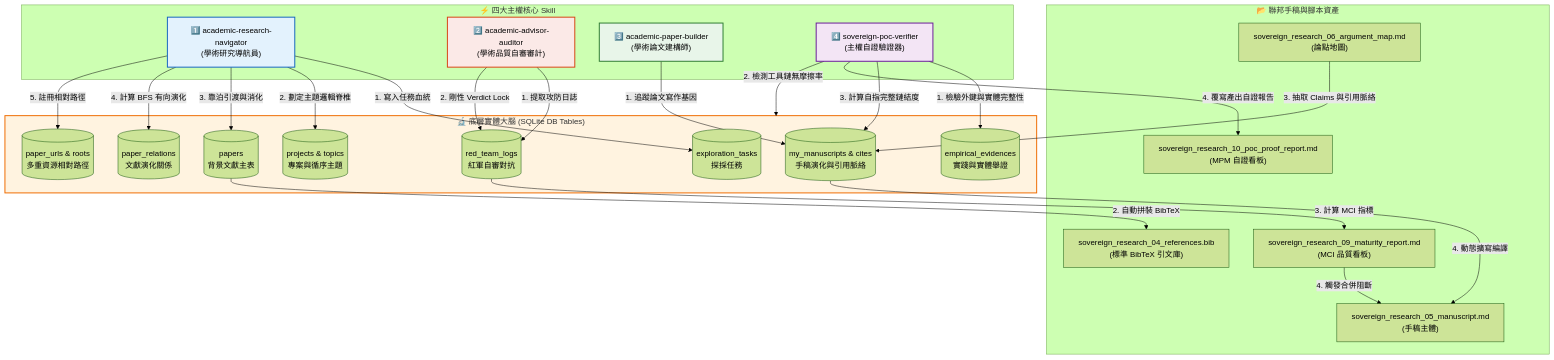
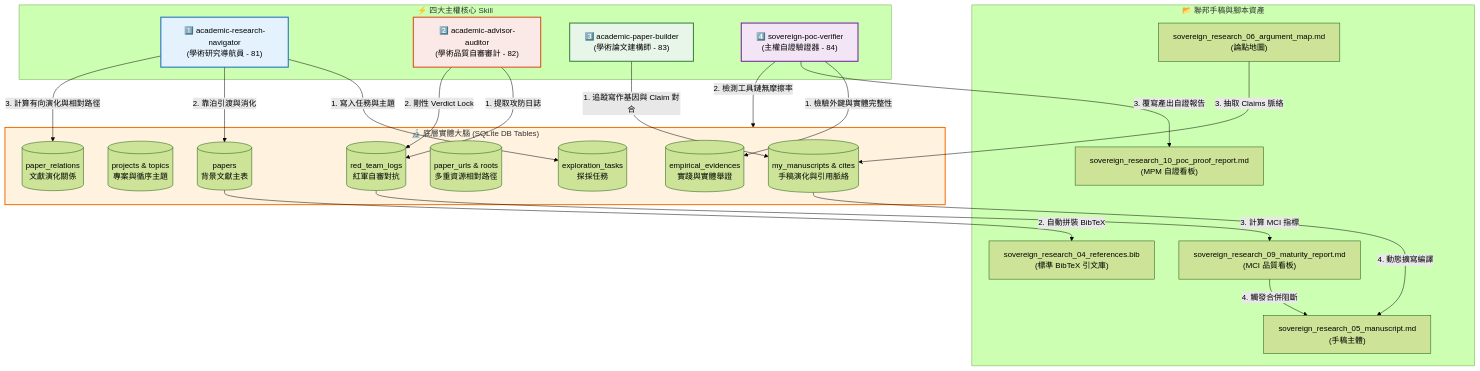
Before and after one commit to wuulong/sovereign-research-methodology: the diagram in methodology/methodology_02_system_architecture_navigator.md, drawn with Mermaid (forest theme). The commit also changed other lines of this file and 23 other files, not shown here.

````diff
--- a/methodology/methodology_02_system_architecture_navigator.md
+++ b/methodology/methodology_02_system_architecture_navigator.md
@@ -16,63 +11,60 @@
 ```mermaid
 flowchart TD
     %% 定義 Skill 節點
     subgraph Skills["⚡ 四大主權核心 Skill"]
-        NAV["1️⃣ academic-research-navigator<br>(學術研究導航員)"]
-        AUD["2️⃣ academic-advisor-auditor<br>(學術品質自審審計)"]
-        BLD["3️⃣ academic-paper-builder<br>(學術論文建構師)"]
-        VRF["4️⃣ sovereign-poc-verifier<br>(主權自證驗證器)"]
+        NAV["1️⃣ academic-research-navigator<br>(學術研究導航員 - 81)"]
+        AUD["2️⃣ academic-advisor-auditor<br>(學術品質自審審計 - 82)"]
+        BLD["3️⃣ academic-paper-builder<br>(學術論文建構師 - 83)"]
+        VRF["4️⃣ sovereign-poc-verifier<br>(主權自證驗證器 - 84)"]
     end
 
     %% 定義 SQLite 資料表節點
     subgraph DB["🔬 底層實體大腦 (SQLite DB Tables)"]
         T_Task[(exploration_tasks<br>探採任務)]
         T_Proj[(projects & topics<br>專案與循序主題)]
         T_Paper[(papers<br>背景文獻主表)]
         T_Rel[(paper_relations<br>文獻演化關係)]
         T_Url[(paper_urls & roots<br>多重資源相對路徑)]
         T_Evid[(empirical_evidences<br>實踐與實體舉證)]
         T_Red[(red_team_logs<br>紅軍自審對抗)]
         T_MS[(my_manuscripts & cites<br>手稿演化與引用脈絡)]
     end
 
     %% 定義 聯邦檔案與腳本
     subgraph Artifacts["📂 聯邦手稿與腳本資產"]
         MS_Doc["sovereign_research_05_manuscript.md<br>(手稿主體)"]
         APM_Doc["sovereign_research_06_argument_map.md<br>(論點地圖)"]
         MCI_Doc["sovereign_research_09_maturity_report.md<br>(MCI 品質看板)"]
         MPM_Doc["sovereign_research_10_poc_proof_report.md<br>(MPM 自證看板)"]
         BIB_File["sovereign_research_04_references.bib<br>(標準 BibTeX 引文庫)"]
     end
 
     %% 關聯線：Navigator
-    NAV -->|1. 寫入任務血統| T_Task
-    NAV -->|2. 劃定主題邏輯脊椎| T_Proj
-    NAV -->|3. 靠泊引渡與消化| T_Paper
-    NAV -->|4. 計算 BFS 有向演化| T_Rel
-    NAV -->|5. 註冊相對路徑| T_Url
+    NAV -->|1. 寫入任務與主題| T_Task
+    NAV -->|2. 靠泊引渡與消化| T_Paper
+    NAV -->|3. 計算有向演化與相對路徑| T_Rel
 
     %% 關聯線：Advisor-Auditor
     AUD -->|1. 提取攻防日誌| T_Red
     AUD -->|2. 剛性 Verdict Lock| T_Red
     T_Red -->|3. 計算 MCI 指標| MCI_Doc
     MCI_Doc -->|4. 觸發合併阻斷| MS_Doc
 
     %% 關聯線：Paper-Builder
-    BLD -->|1. 追蹤論文寫作基因| T_MS
+    BLD -->|1. 追蹤寫作基因與 Claim 對合| T_MS
     T_Paper -->|2. 自動拼裝 BibTeX| BIB_File
-    APM_Doc -->|3. 抽取 Claims 與引用脈絡| T_MS
+    APM_Doc -->|3. 抽取 Claims 脈絡| T_MS
     T_MS -->|4. 動態擴寫編譯| MS_Doc
 
     %% 關聯線：PoC-Verifier
     VRF -->|1. 檢驗外鍵與實體完整性| T_Evid
     VRF -->|2. 檢測工具鏈無摩擦率| DB
-    VRF -->|3. 計算自指完整鏈結度| T_MS
-    VRF -->|4. 覆寫產出自證報告| MPM_Doc
+    VRF -->|3. 覆寫產出自證報告| MPM_Doc
 
     %% 樣式設定
     style NAV fill:#e3f2fd,stroke:#1565c0,stroke-width:2px;
     style AUD fill:#fbe9e7,stroke:#d84315,stroke-width:2px;
     style BLD fill:#e8f5e9,stroke:#2e7d32,stroke-width:2px;
     style VRF fill:#f3e5f5,stroke:#6a1b9a,stroke-width:2px;
     style DB fill:#fff3e0,stroke:#ef6c00,stroke-width:2px;
 ```
````
